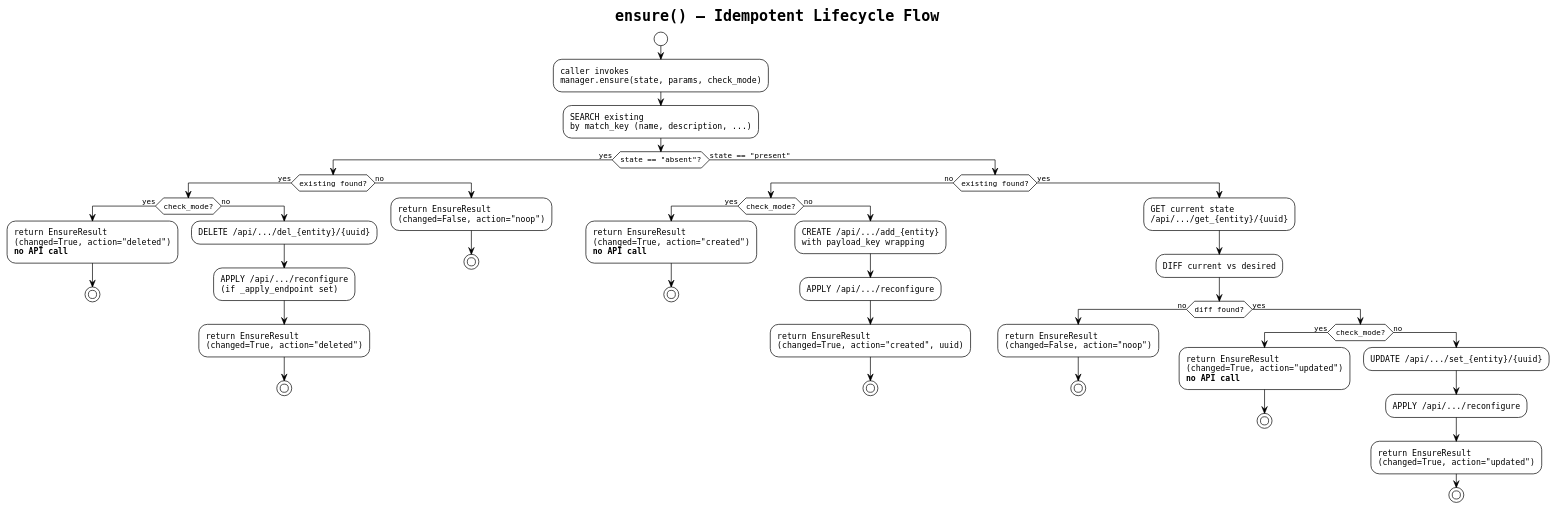
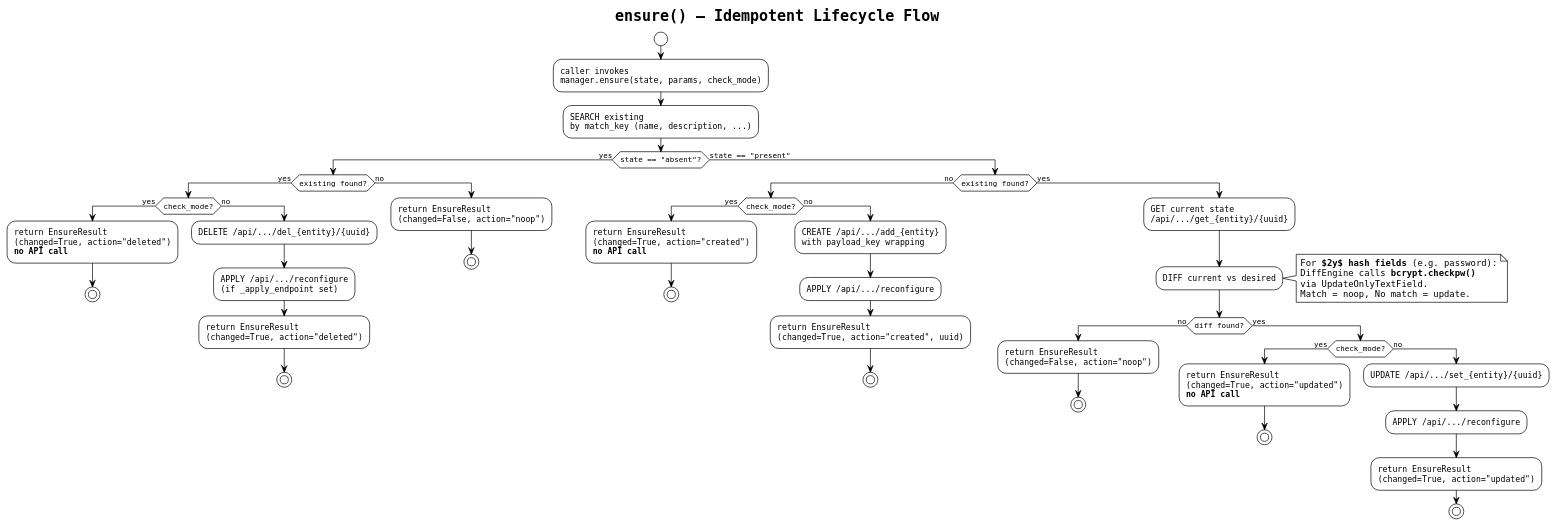
The diagram in assets/diagrams/ensure-flow.puml (by-openclaw/lib-opnsense), drawn with PlantUML before and after one commit. The commit also changed 100 other files, not shown here.

First line of the commit message:
fix(api): bcrypt diff, 14 enum fixes, port regex, test split 49 files

```diff
--- a/assets/diagrams/ensure-flow.puml
+++ b/assets/diagrams/ensure-flow.puml
@@ -1,59 +1,65 @@
 @startuml ensure-flow
 !theme plain
 skinparam backgroundColor #FFFFFF
 skinparam defaultFontName Monospaced
 title ensure() — Idempotent Lifecycle Flow
 
 start
 
 :caller invokes\nmanager.ensure(state, params, check_mode);
 
 :SEARCH existing\nby match_key (name, description, ...);
 
 if (state == "absent"?) then (yes)
   if (existing found?) then (yes)
     if (check_mode?) then (yes)
       :return EnsureResult\n(changed=True, action="deleted")\n**no API call**;
       stop
     else (no)
       :DELETE /api/.../del_{entity}/{uuid};
       :APPLY /api/.../reconfigure\n(if _apply_endpoint set);
       :return EnsureResult\n(changed=True, action="deleted");
       stop
     endif
   else (no)
     :return EnsureResult\n(changed=False, action="noop");
     stop
   endif
 else (state == "present")
   if (existing found?) then (no)
     if (check_mode?) then (yes)
       :return EnsureResult\n(changed=True, action="created")\n**no API call**;
       stop
     else (no)
       :CREATE /api/.../add_{entity}\nwith payload_key wrapping;
       :APPLY /api/.../reconfigure;
       :return EnsureResult\n(changed=True, action="created", uuid);
       stop
     endif
   else (yes)
     :GET current state\n/api/.../get_{entity}/{uuid};
     :DIFF current vs desired;
+    note right
+      For **$2y$ hash fields** (e.g. password):
+      DiffEngine calls **bcrypt.checkpw()**
+      via UpdateOnlyTextField.
+      Match = noop, No match = update.
+    end note
     if (diff found?) then (no)
       :return EnsureResult\n(changed=False, action="noop");
       stop
     else (yes)
       if (check_mode?) then (yes)
         :return EnsureResult\n(changed=True, action="updated")\n**no API call**;
         stop
       else (no)
         :UPDATE /api/.../set_{entity}/{uuid};
         :APPLY /api/.../reconfigure;
         :return EnsureResult\n(changed=True, action="updated");
         stop
       endif
     endif
   endif
 endif
 
 @enduml
```
